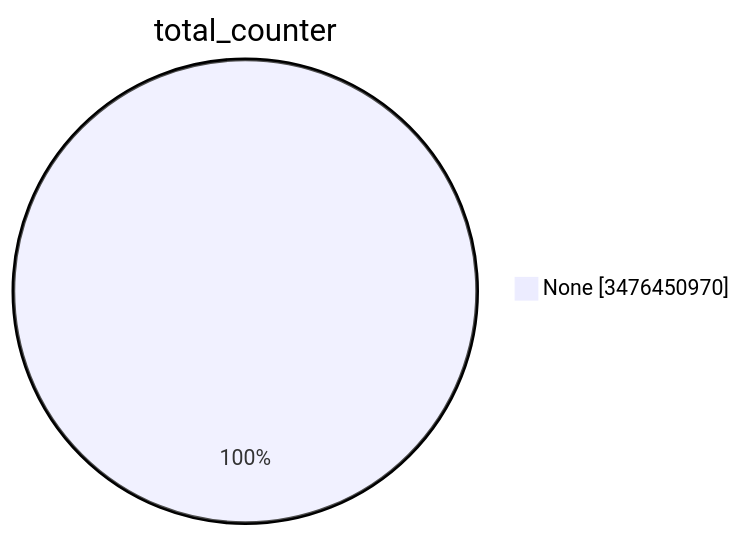
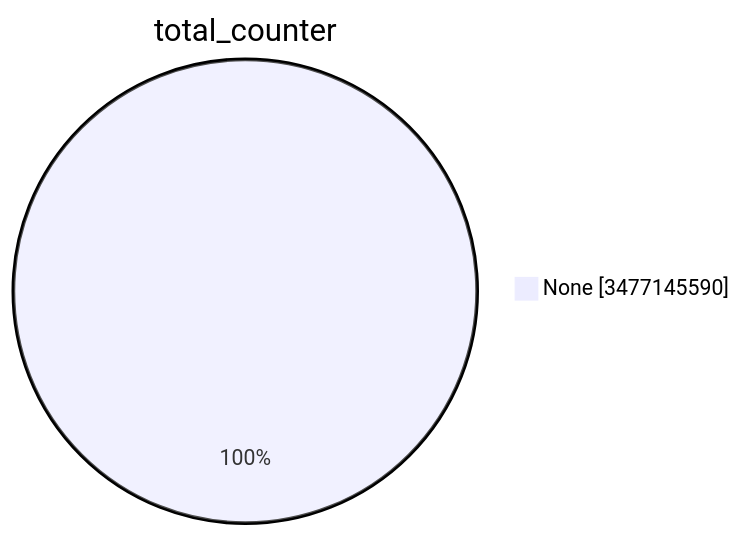
The first of 15 diagrams in TOTAL/README.md (christiankrug/ctmonitor_visualization), drawn with Mermaid before and after one commit. The commit also changed other lines of this file, not shown here.

````diff
--- a/TOTAL/README.md
+++ b/TOTAL/README.md
@@ -1,5 +1,5 @@
 ```mermaid
 pie showData
 title total_counter
-"None" :3476450970
+"None" :3477145590
 ```
````
